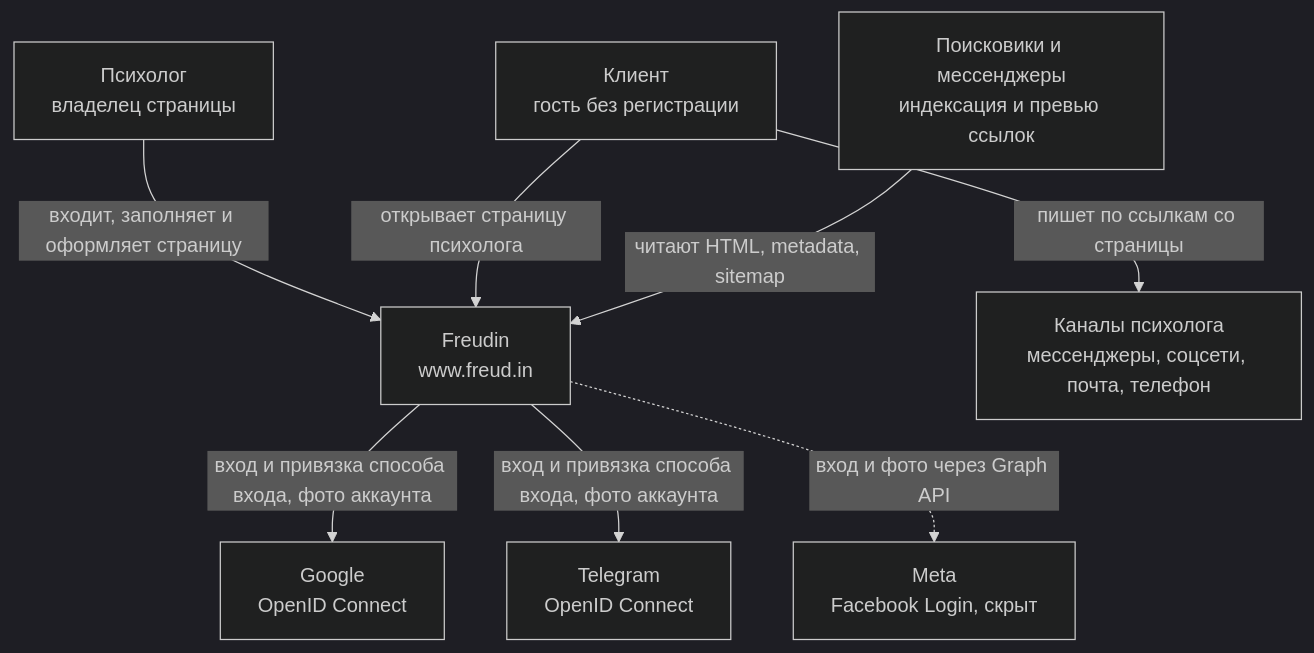
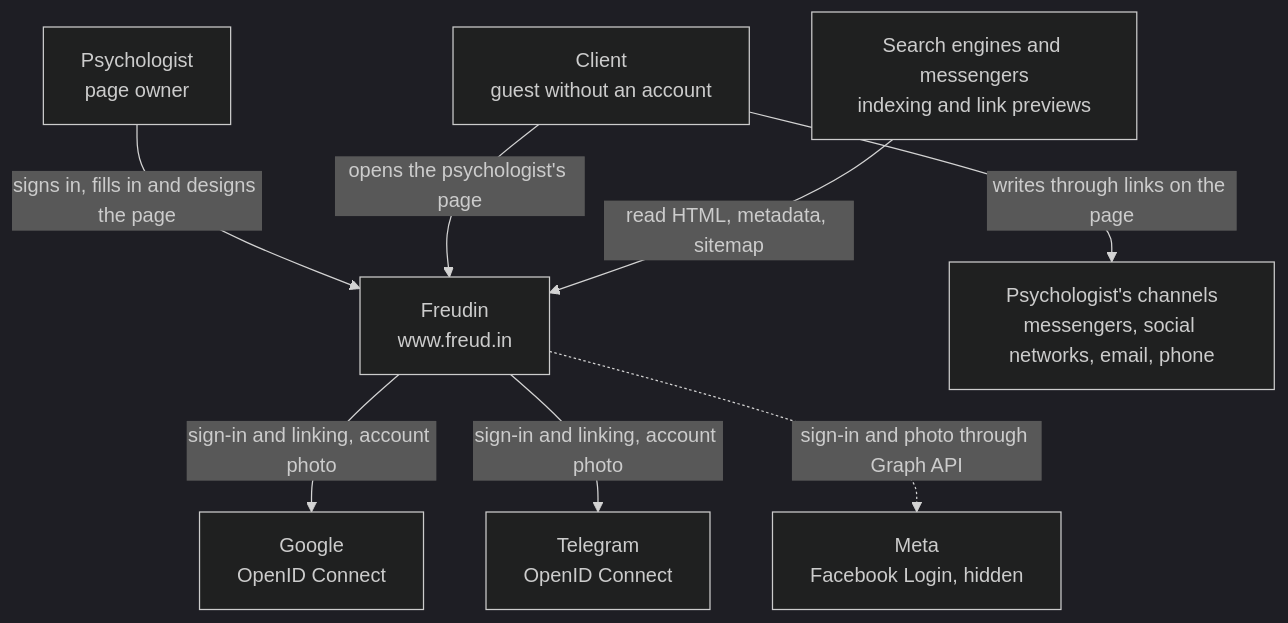
Before and after one commit to verkhoturov/freudin-website: the diagram in docs/architecture/1.context.md, drawn with Mermaid (dark theme). The commit also changed other lines of this file and 74 other files, not shown here.

````diff
--- a/docs/architecture/1.context.md
+++ b/docs/architecture/1.context.md
@@ -15,21 +15,21 @@
 ```mermaid
 graph TB
-    Psy["Психолог<br/>владелец страницы"]
-    Client["Клиент<br/>гость без регистрации"]
-    Bots["Поисковики и мессенджеры<br/>индексация и превью ссылок"]
+    Psy["Psychologist<br/>page owner"]
+    Client["Client<br/>guest without an account"]
+    Bots["Search engines and messengers<br/>indexing and link previews"]
 
     Freudin["Freudin<br/>www.freud.in"]
 
     Google["Google<br/>OpenID Connect"]
     Telegram["Telegram<br/>OpenID Connect"]
-    Meta["Meta<br/>Facebook Login, скрыт"]
-    Channels["Каналы психолога<br/>мессенджеры, соцсети, почта, телефон"]
+    Meta["Meta<br/>Facebook Login, hidden"]
+    Channels["Psychologist's channels<br/>messengers, social networks, email, phone"]
 
-    Psy -->|"входит, заполняет и оформляет страницу"| Freudin
-    Client -->|"открывает страницу психолога"| Freudin
-    Bots -->|"читают HTML, metadata, sitemap"| Freudin
-    Freudin -->|"вход и привязка способа входа, фото аккаунта"| Google
-    Freudin -->|"вход и привязка способа входа, фото аккаунта"| Telegram
-    Freudin -.->|"вход и фото через Graph API"| Meta
-    Client -->|"пишет по ссылкам со страницы"| Channels
+    Psy -->|"signs in, fills in and designs the page"| Freudin
+    Client -->|"opens the psychologist's page"| Freudin
+    Bots -->|"read HTML, metadata, sitemap"| Freudin
+    Freudin -->|"sign-in and linking, account photo"| Google
+    Freudin -->|"sign-in and linking, account photo"| Telegram
+    Freudin -.->|"sign-in and photo through Graph API"| Meta
+    Client -->|"writes through links on the page"| Channels
 ```
````
